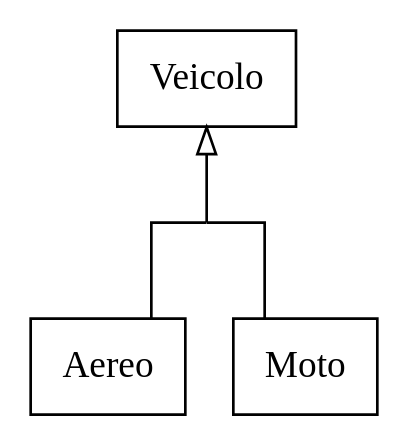
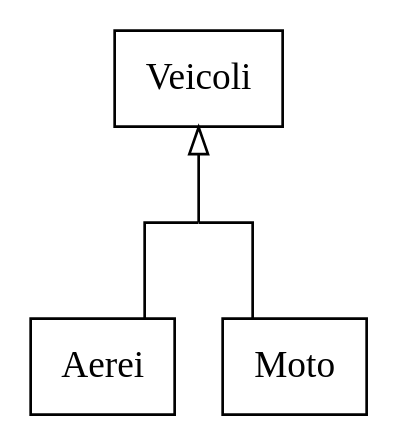
One commit to alek3y/cs changed the eighth of 17 diagrams in src/ct0006-1/README.md. Above: the diagram before and after it, drawn with Graphviz. The commit also changed other lines of this file, not shown here.

````diff
--- a/src/ct0006-1/README.md
+++ b/src/ct0006-1/README.md
@@ -126,12 +126,12 @@
 ```dot process
 digraph {
 	rankdir=TB
 	splines=ortho
 	node [shape=box]
 	edge [dir=none]
 
 	0 [shape=point width=0]
-	Veicolo -> 0 [dir=back arrowtail=onormal]
-	0 -> Aereo, Moto
+	Veicoli -> 0 [dir=back arrowtail=onormal]
+	0 -> Aerei, Moto
 }
 ```
````
